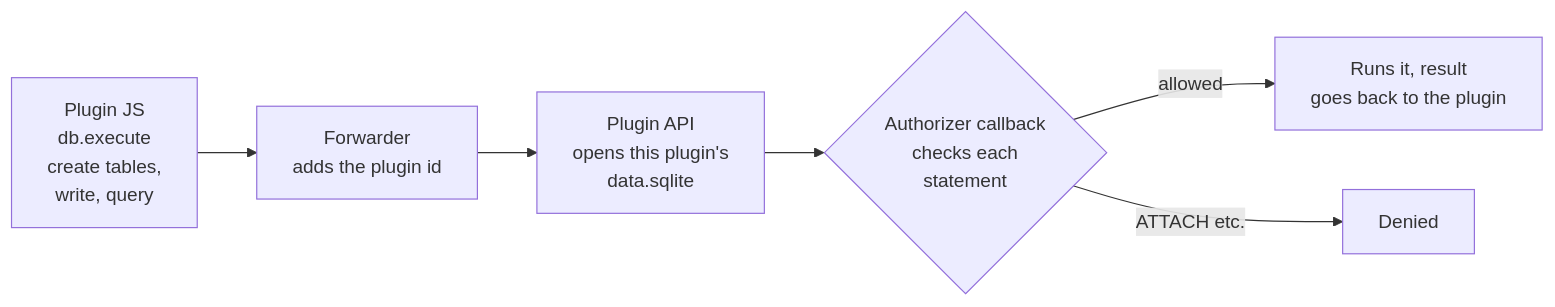
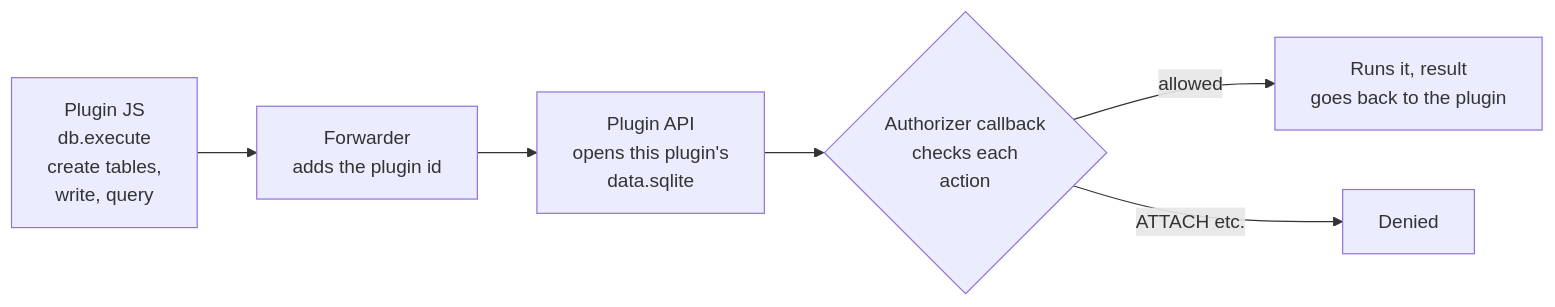
The second of 2 diagrams in docs/design/plugins/en/data.md (Tomotsugu-dev/Hindsight), drawn with Mermaid before and after one commit. The commit also changed other lines of this file and 9 other files, not shown here.

````diff
--- a/docs/design/plugins/en/data.md
+++ b/docs/design/plugins/en/data.md
@@ -46,6 +48,6 @@
 ```mermaid
 flowchart LR
-  P["Plugin JS<br/>db.execute<br/>create tables,<br/>write, query"] --> B["Forwarder<br/>adds the plugin id"] --> A["Plugin API<br/>opens this plugin's<br/>data.sqlite"] --> C{"Authorizer callback<br/>checks each<br/>statement"}
+  P["Plugin JS<br/>db.execute<br/>create tables,<br/>write, query"] --> B["Forwarder<br/>adds the plugin id"] --> A["Plugin API<br/>opens this plugin's<br/>data.sqlite"] --> C{"Authorizer callback<br/>checks each<br/>action"}
   C -->|"allowed"| OK["Runs it, result<br/>goes back to the plugin"]
   C -->|"ATTACH etc."| X["Denied"]
 ```
````
